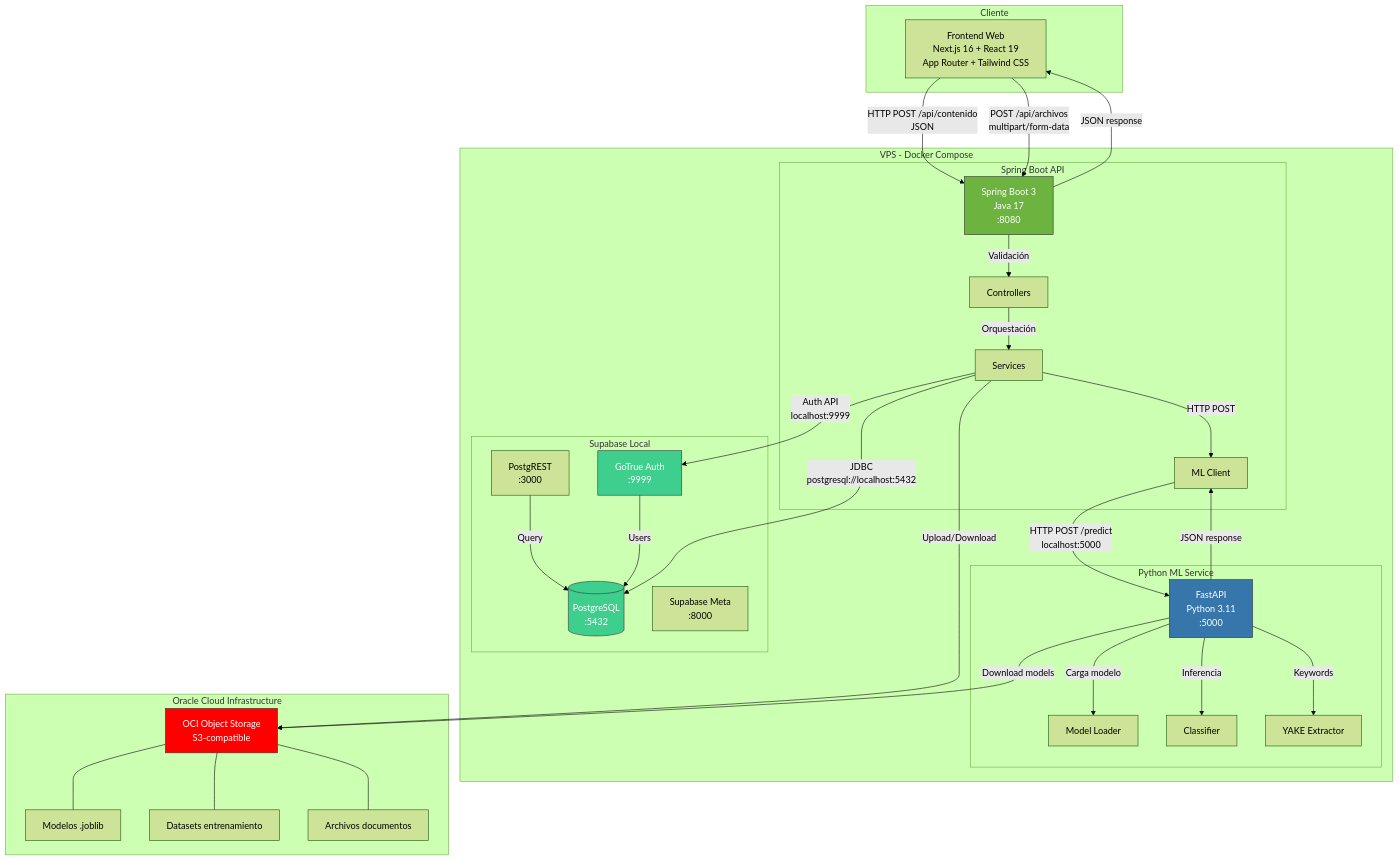
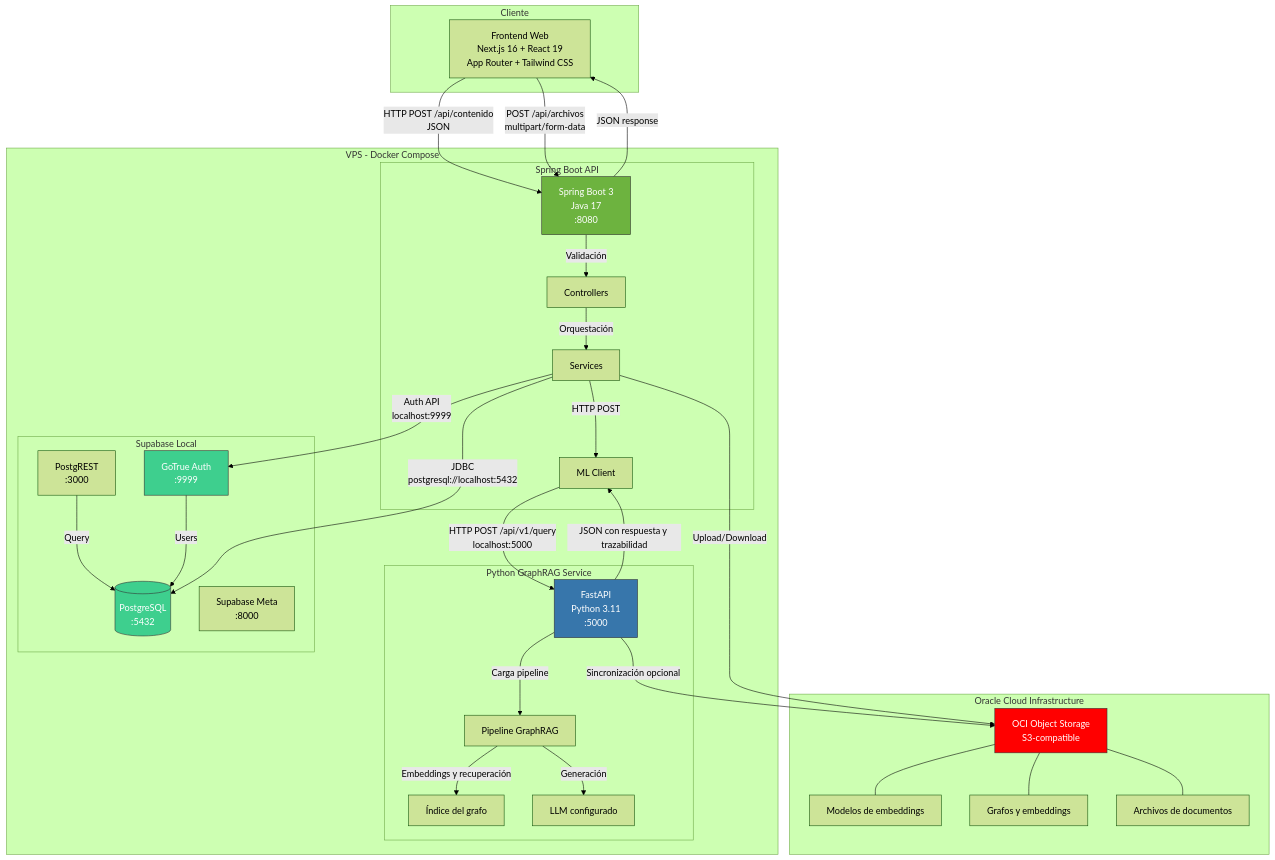
One commit to No-Country-simulation/G9-LATAM-Team_40 changed the diagram in README.md. Above: the diagram before and after it, drawn with Mermaid (forest theme). The commit also changed other lines of this file and 135 other files, not shown here.

First line of the commit message:
feat: Add schemas for document classification and taxonomy discovery

````diff
--- a/README.md
+++ b/README.md
@@ -38,57 +39,57 @@
 ```mermaid
 graph TB
     subgraph "Cliente"
         Client[Frontend Web<br>Next.js 16 + React 19<br>App Router + Tailwind CSS]
     end
 
     subgraph "VPS - Docker Compose"
         subgraph "Spring Boot API"
             SB[Spring Boot 3<br>Java 17<br>:8080]
             SB -->|Validación| Controller[Controllers]
             Controller -->|Orquestación| Service[Services]
             Service -->|HTTP POST| MlClient[ML Client]
         end
 
-        subgraph "Python ML Service"
-            FastAPI[FastAPI<br>Python 3.11<br>:5000]
-            FastAPI -->|Carga modelo| ModelLoader[Model Loader]
-            FastAPI -->|Inferencia| Classifier[Classifier]
-            FastAPI -->|Keywords| YAKE[YAKE Extractor]
-        end
+    subgraph "Python GraphRAG Service"
+        FastAPI[FastAPI<br>Python 3.11<br>:5000]
+        FastAPI -->|Carga pipeline| Pipeline[Pipeline GraphRAG]
+        Pipeline -->|Embeddings y recuperación| Index[Índice del grafo]
+        Pipeline -->|Generación| LLM[LLM configurado]
+    end
 
         subgraph "Supabase Local"
             SupaDB[(PostgreSQL<br>:5432)]
             SupaAuth[GoTrue Auth<br>:9999]
             SupaREST[PostgREST<br>:3000]
             SupaMeta[Supabase Meta<br>:8000]
             SupaREST -->|Query| SupaDB
             SupaAuth -->|Users| SupaDB
         end
     end
 
     subgraph "Oracle Cloud Infrastructure"
         OCI[OCI Object Storage<br>S3-compatible]
-        Models[Modelos .joblib]
-        Datasets[Datasets entrenamiento]
-        Files[Archivos documentos]
+        Models[Modelos de embeddings]
+        Graph[Grafos y embeddings]
+        Files[Archivos de documentos]
         OCI --- Models
-        OCI --- Datasets
+        OCI --- Graph
         OCI --- Files
     end
 
     Client -->|HTTP POST /api/contenido<br>JSON| SB
     Client -->|POST /api/archivos<br>multipart/form-data| SB
-    MlClient -->|HTTP POST /predict<br>localhost:5000| FastAPI
+    MlClient -->|HTTP POST /api/v1/query<br>localhost:5000| FastAPI
     Service -->|JDBC<br>postgresql://localhost:5432| SupaDB
     Service -->|Auth API<br>localhost:9999| SupaAuth
     Service -->|Upload/Download| OCI
-    FastAPI -->|Download models| OCI
-    FastAPI -->|JSON response| MlClient
+    FastAPI -->|Sincronización opcional| OCI
+    FastAPI -->|JSON con respuesta y trazabilidad| MlClient
     SB -->|JSON response| Client
 
     style SB fill:#6DB33F,stroke:#333,color:#fff
     style FastAPI fill:#3776AB,stroke:#333,color:#fff
     style SupaDB fill:#3ECF8E,stroke:#333,color:#fff
     style SupaAuth fill:#3ECF8E,stroke:#333,color:#fff
     style OCI fill:#FF0000,stroke:#333,color:#fff
 ```
````
